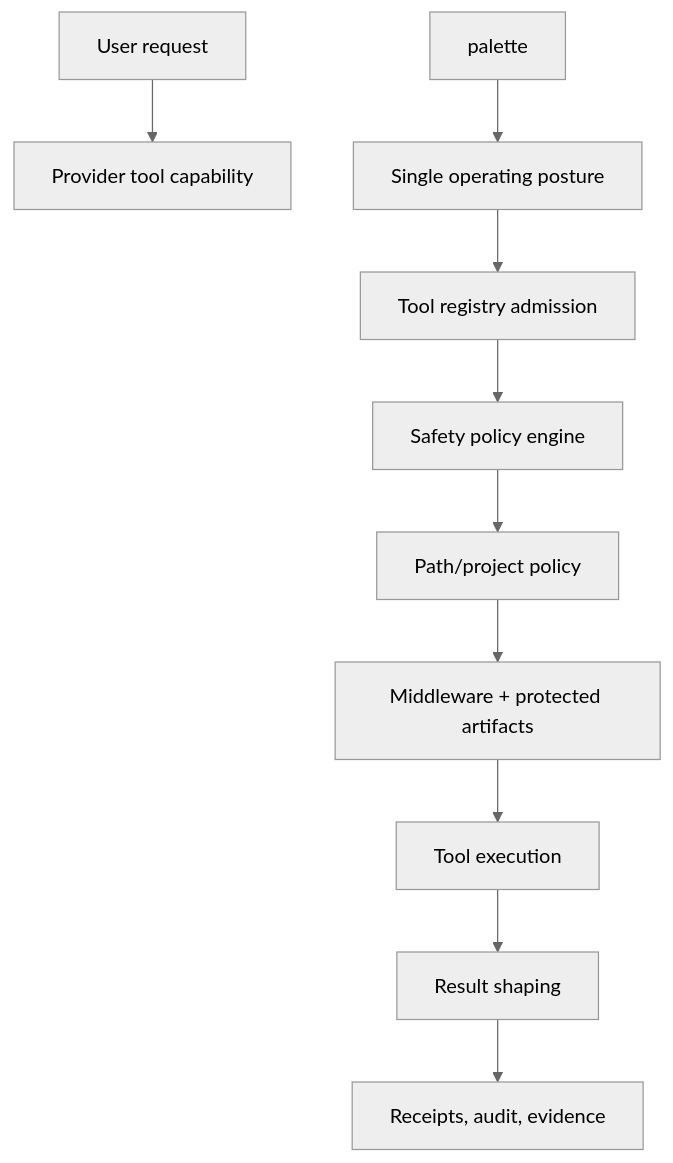
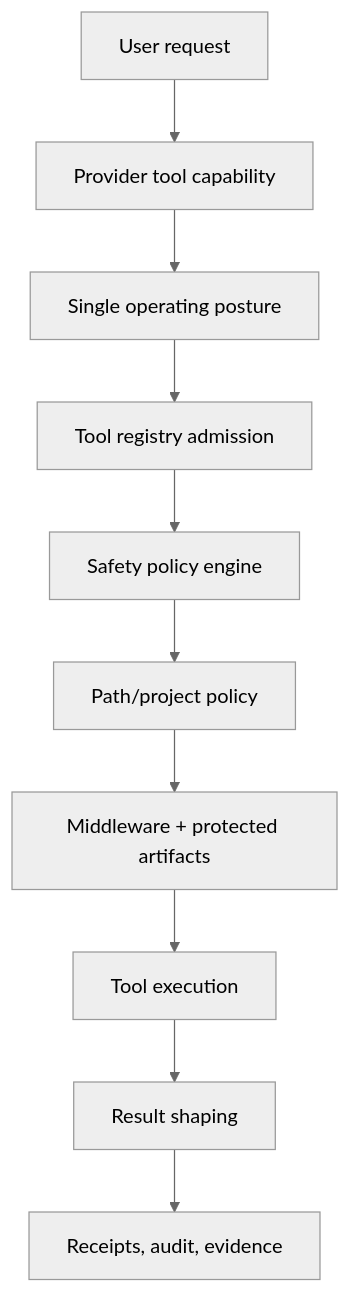
The diagram in docs/safety-model.md (iowarp/clio-coder), drawn with Mermaid (neutral theme) before and after one commit. The commit also changed other lines of this file and 1 other file, not shown here.

Commit message:
Fix stale palette references missed in the docs refresh (sprint 000 T5.3 acceptance)

````diff
--- a/docs/safety-model.md
+++ b/docs/safety-model.md
@@ -14,12 +14,12 @@
 ```mermaid
 graph TD
     user[User request] --> surface[Provider tool capability]
-    palette --> posture[Single operating posture]
+    surface --> posture[Single operating posture]
     posture --> registry[Tool registry admission]
     registry --> safety[Safety policy engine]
     safety --> path[Path/project policy]
     path --> middleware[Middleware + protected artifacts]
     middleware --> run[Tool execution]
     run --> shape[Result shaping]
     shape --> receipt[Receipts, audit, evidence]
 ```
````
